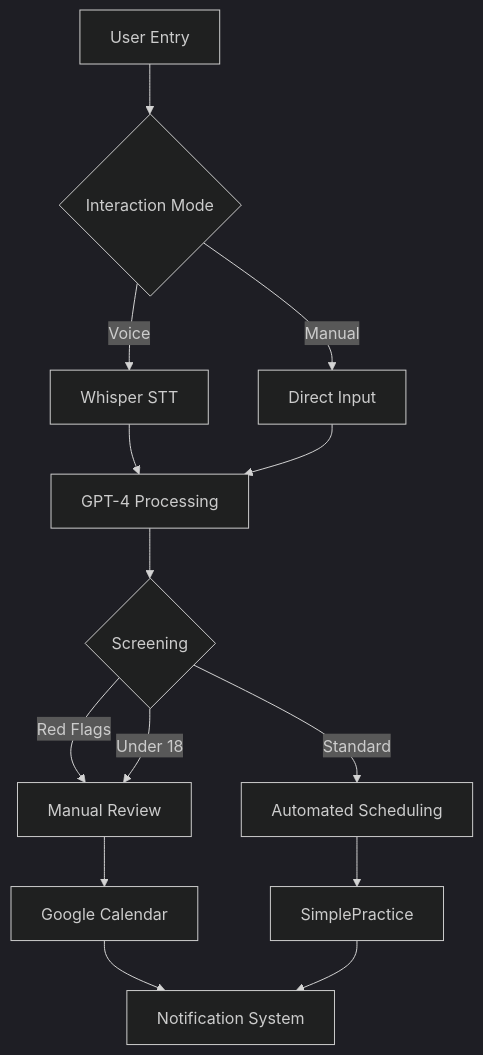
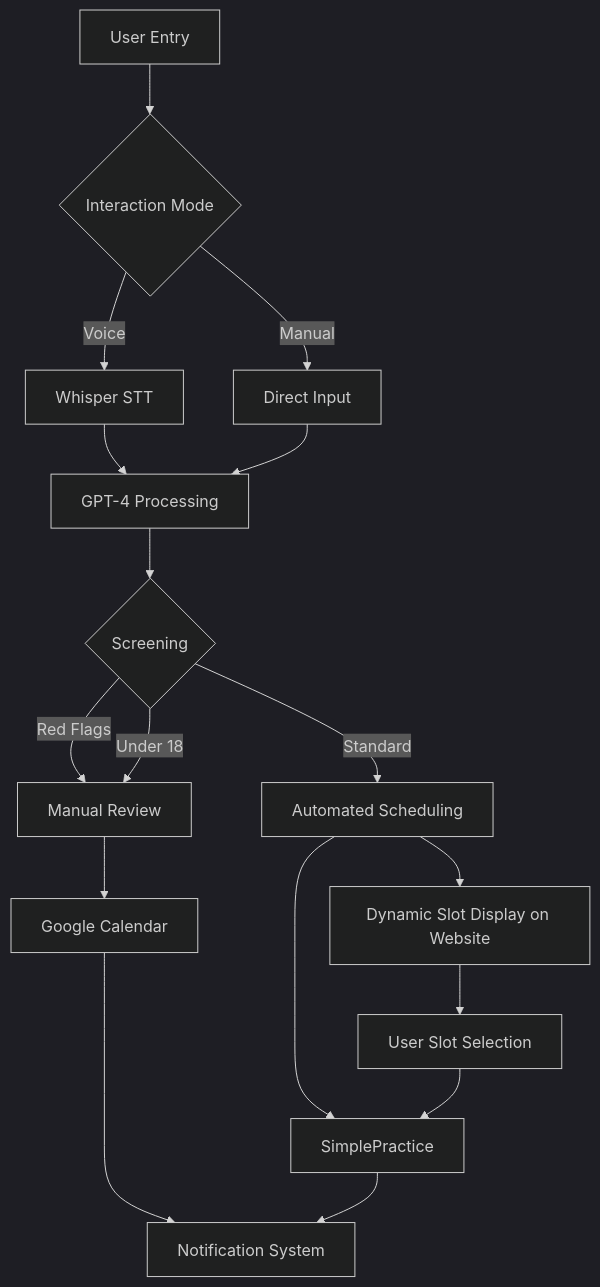
The diagram in README.md (haloweavedev/Mindwell), drawn with Mermaid (dark theme) before and after one commit. The commit also changed other lines of this file, not shown here.

````diff
--- a/README.md
+++ b/README.md
@@ -111,17 +123,19 @@
 ```mermaid
 graph TD
     A[User Entry] --> B{Interaction Mode}
     B -->|Voice| C[Whisper STT]
     B -->|Manual| D[Direct Input]
     C --> E[GPT-4 Processing]
     D --> E
     E --> F{Screening}
     F -->|Red Flags| G[Manual Review]
     F -->|Under 18| G
     F -->|Standard| H[Automated Scheduling]
     G --> I[Google Calendar]
     H --> J[SimplePractice]
+    H --> L[Dynamic Slot Display on Website]
+    L --> M[User Slot Selection]
+    M --> J
     I --> K[Notification System]
     J --> K
-
 ```
````
